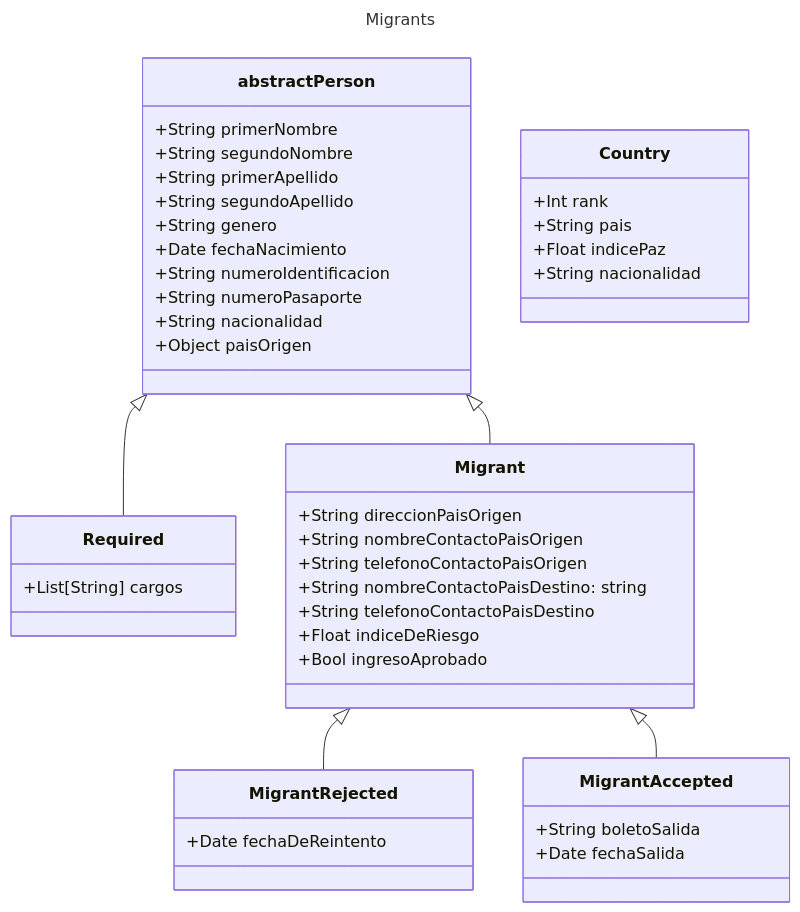
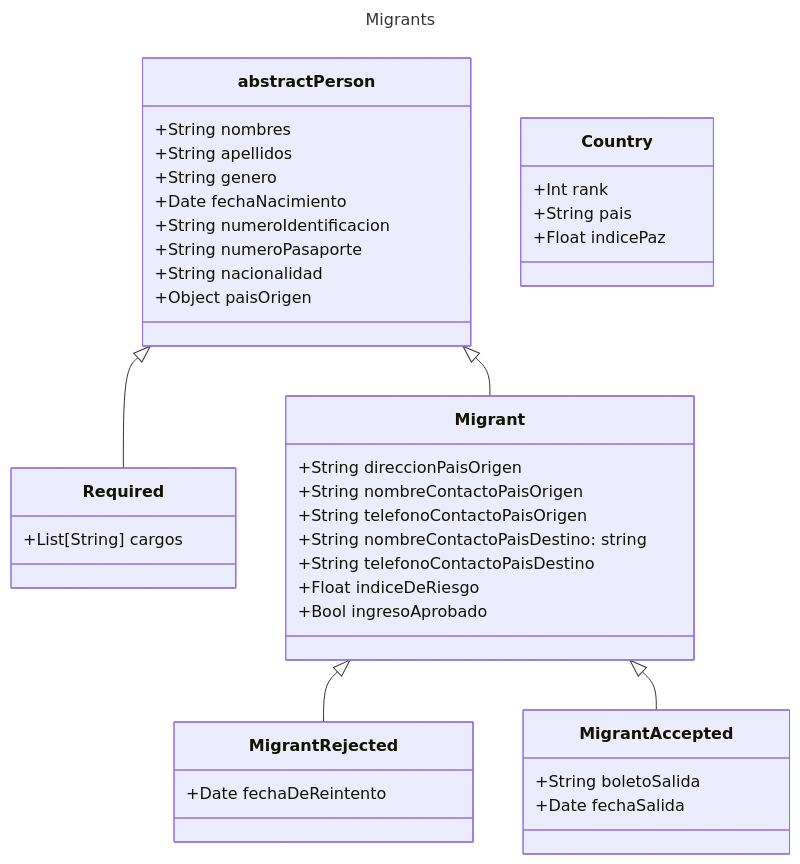
One commit to CONOVATEC-publico/control-migracion changed the first of 3 diagrams in docs/classes.md. Above: the diagram before and after it, drawn with Mermaid. The commit also changed 10 other files, not shown here.

````diff
--- a/docs/classes.md
+++ b/docs/classes.md
@@ -5,53 +5,50 @@
 ```mermaid
 ---
 title: Migrants
 ---
 classDiagram
     abstractPerson <|-- Required
     abstractPerson <|-- Migrant
     Migrant <|-- MigrantRejected
     Migrant <|-- MigrantAccepted
 
     class abstractPerson{
-        +String primerNombre
-        +String segundoNombre
-        +String primerApellido
-        +String segundoApellido
+        +String nombres
+        +String apellidos
         +String genero
         +Date fechaNacimiento
         +String numeroIdentificacion
         +String numeroPasaporte
         +String nacionalidad
         +Object paisOrigen
     }
 
     class Required {
         +List[String] cargos
     }
 
     class Migrant{
         +String direccionPaisOrigen
         +String nombreContactoPaisOrigen
         +String telefonoContactoPaisOrigen
         +String nombreContactoPaisDestino: string
 	    +String telefonoContactoPaisDestino
         +Float indiceDeRiesgo
         +Bool ingresoAprobado
     }
 
     class MigrantRejected{
         +Date fechaDeReintento
     }
 
     class MigrantAccepted{
         +String boletoSalida
         +Date fechaSalida
     }
 
     class Country {
         +Int rank
         +String pais
         +Float indicePaz
-        +String nacionalidad
     }
 ```
````
